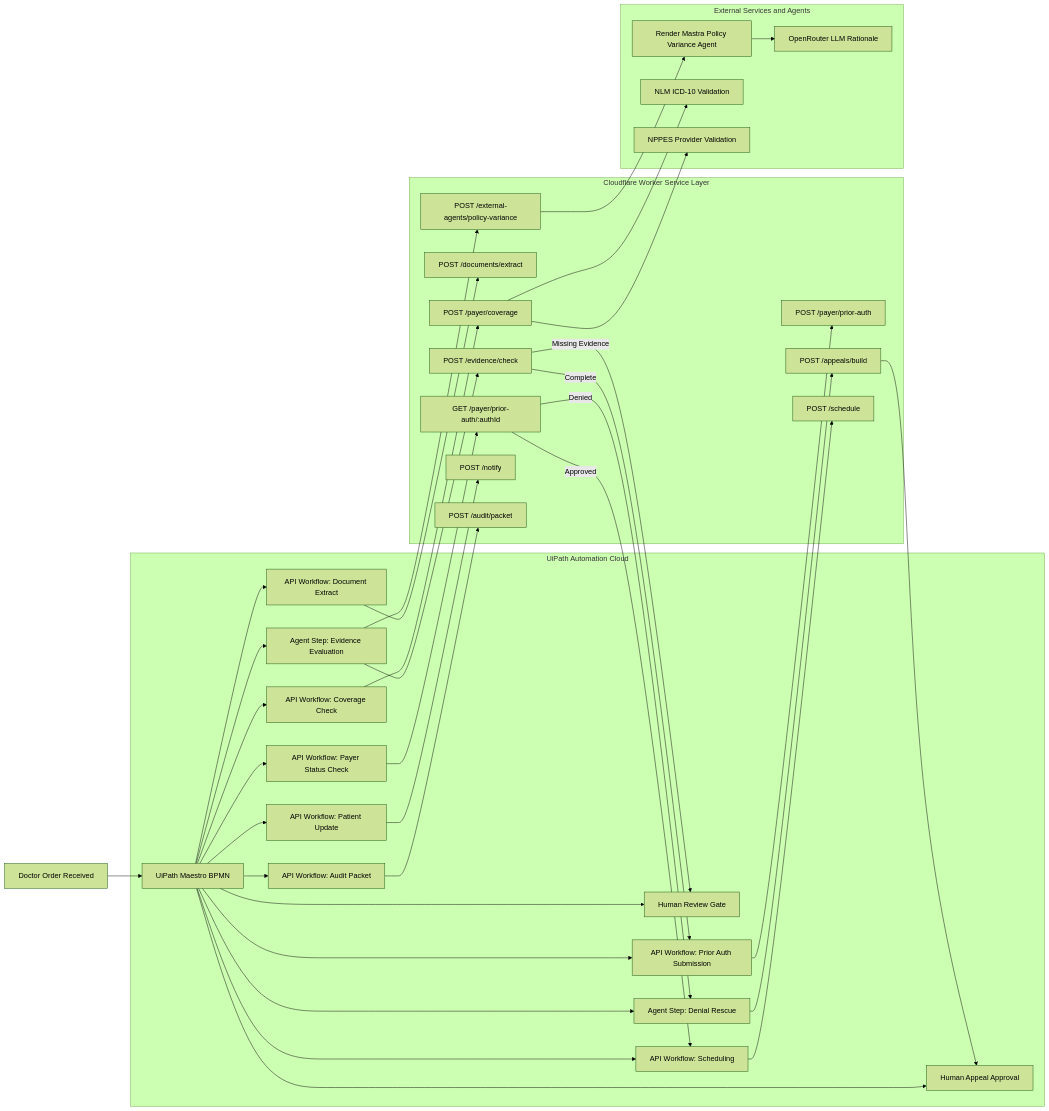
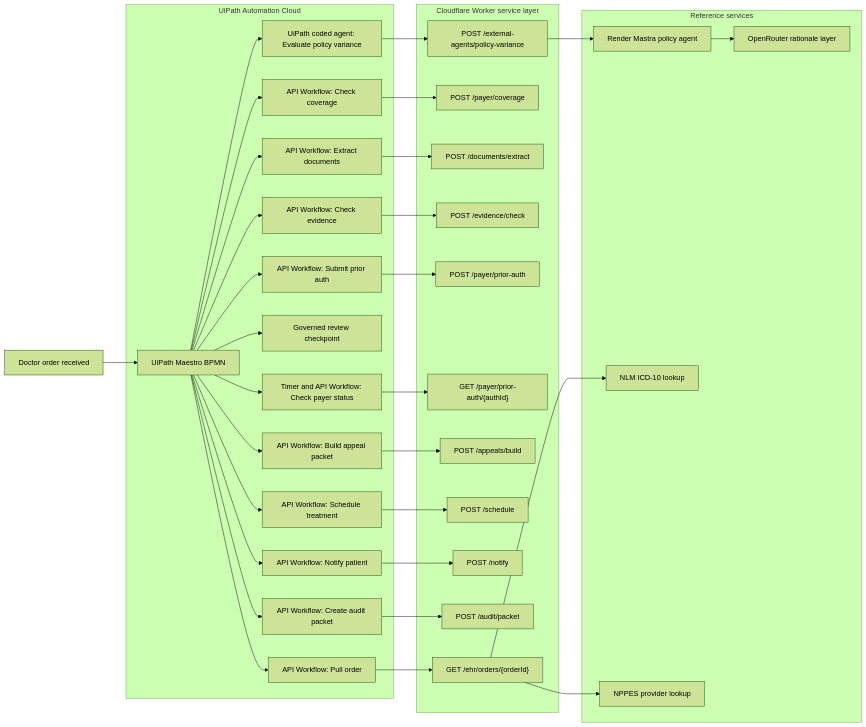
One commit to N-45div/Covenant changed the diagram in ARCHITECTURE.md. Above: the diagram before and after it, drawn with Mermaid (forest theme). The commit also changed other lines of this file and 1 other file, not shown here.

Commit message:
Align public docs with current product

````diff
--- a/ARCHITECTURE.md
+++ b/ARCHITECTURE.md
@@ -5,60 +5,58 @@
 ```mermaid
 flowchart LR
-    A[Doctor Order Received] --> B[UiPath Maestro BPMN]
+    A[Doctor order received] --> B[UiPath Maestro BPMN]
 
     subgraph UiPath["UiPath Automation Cloud"]
-        B --> C[API Workflow: Coverage Check]
-        B --> D[API Workflow: Document Extract]
-        B --> E[Agent Step: Evidence Evaluation]
-        B --> F[Human Review Gate]
-        B --> G[API Workflow: Prior Auth Submission]
-        B --> H[API Workflow: Payer Status Check]
-        B --> I[Agent Step: Denial Rescue]
-        B --> J[Human Appeal Approval]
-        B --> K[API Workflow: Scheduling]
-        B --> L[API Workflow: Patient Update]
-        B --> M[API Workflow: Audit Packet]
+        B --> C[API Workflow: Pull order]
+        B --> D[API Workflow: Check coverage]
+        B --> E[API Workflow: Extract documents]
+        B --> F[API Workflow: Check evidence]
+        B --> G[UiPath coded agent: Evaluate policy variance]
+        B --> H[Governed review checkpoint]
+        B --> I[API Workflow: Submit prior auth]
+        B --> J[Timer and API Workflow: Check payer status]
+        B --> K[API Workflow: Build appeal packet]
+        B --> L[API Workflow: Schedule treatment]
+        B --> M[API Workflow: Notify patient]
+        B --> N[API Workflow: Create audit packet]
     end
 
-    subgraph Worker["Cloudflare Worker Service Layer"]
-        N["POST /payer/coverage"]
-        O["POST /documents/extract"]
-        P["POST /evidence/check"]
-        Q["POST /external-agents/policy-variance"]
-        R["POST /payer/prior-auth"]
-        S["GET /payer/prior-auth/:authId"]
-        T["POST /appeals/build"]
-        U["POST /schedule"]
-        V["POST /notify"]
-        W["POST /audit/packet"]
+    subgraph Worker["Cloudflare Worker service layer"]
+        O["GET /ehr/orders/{orderId}"]
+        P["POST /payer/coverage"]
+        Q["POST /documents/extract"]
+        R["POST /evidence/check"]
+        S["POST /payer/prior-auth"]
+        T["GET /payer/prior-auth/{authId}"]
+        U["POST /appeals/build"]
+        V["POST /schedule"]
+        W["POST /notify"]
+        X["POST /audit/packet"]
+        Y["POST /external-agents/policy-variance"]
     end
 
-    subgraph External["External Services and Agents"]
-        X[Render Mastra Policy Variance Agent]
-        Y[OpenRouter LLM Rationale]
-        Z[NLM ICD-10 Validation]
-        AA[NPPES Provider Validation]
+    subgraph Reference["Reference services"]
+        Z[Render Mastra policy agent]
+        AA[OpenRouter rationale layer]
+        AB[NLM ICD-10 lookup]
+        AC[NPPES provider lookup]
     end
 
-    C --> N
-    D --> O
-    E --> P
+    C --> O
+    D --> P
     E --> Q
-    G --> R
-    H --> S
-    I --> T
+    F --> R
+    I --> S
+    J --> T
     K --> U
     L --> V
     M --> W
+    N --> X
 
-    Q --> X
-    X --> Y
-    N --> Z
-    N --> AA
+    G --> Y
+    Y --> Z
+    Z --> AA
 
-    S -->|Denied| I
-    S -->|Approved| K
-    P -->|Missing Evidence| F
-    P -->|Complete| G
-    T --> J
+    O --> AB
+    O --> AC
 ```
````
